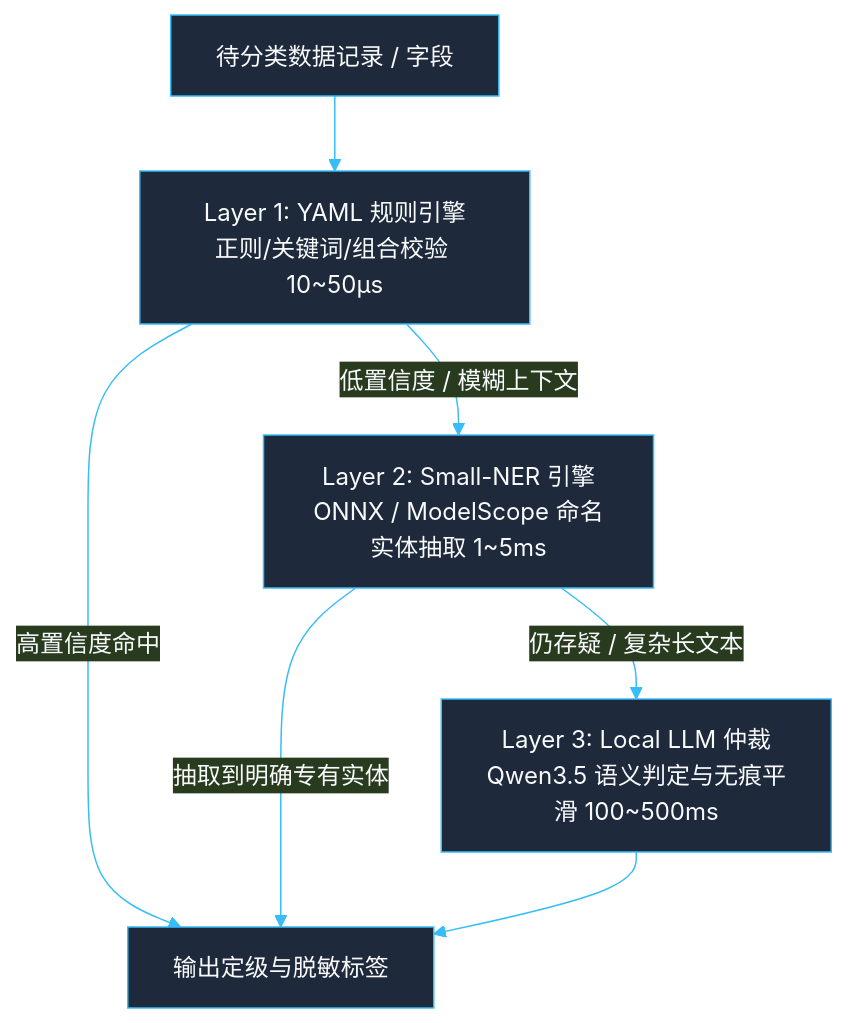
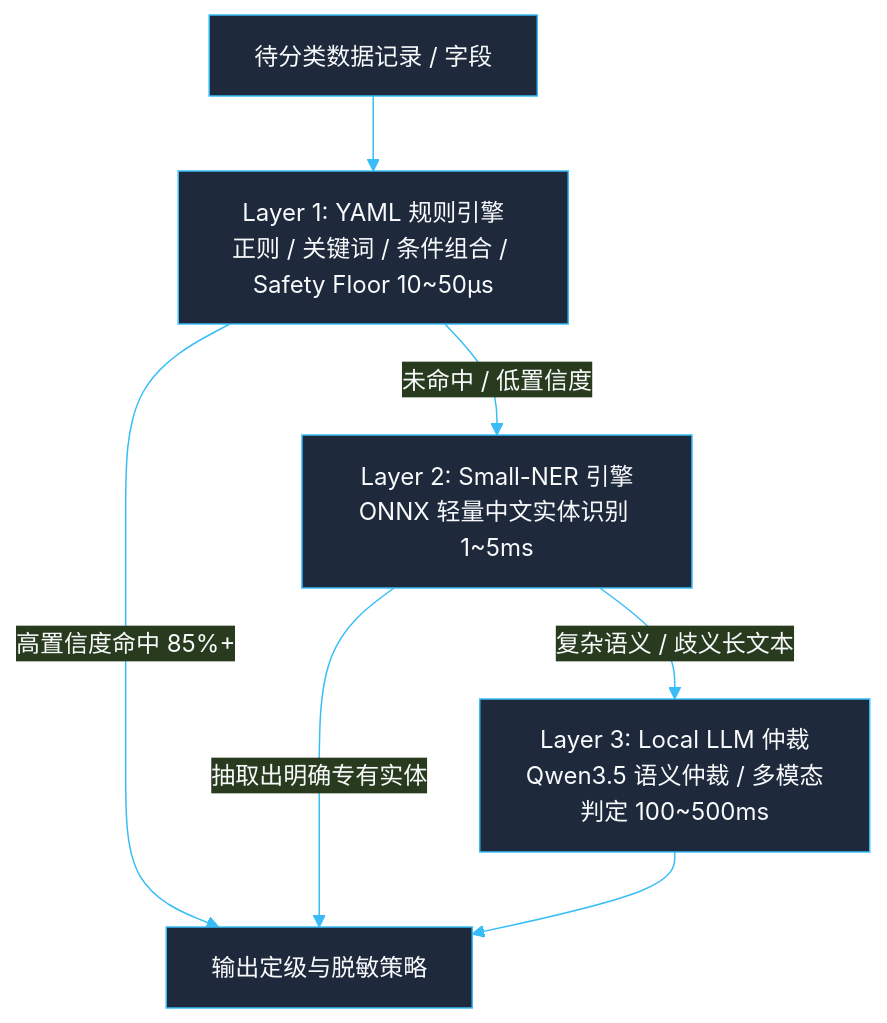
Before and after one commit to fengzhizi319/PrivShield: the third of 4 diagrams in docs/architecture/architecture-design.md, drawn with Mermaid. The commit also changed other lines of this file and 6 other files, not shown here.

First line of the commit message:
docs(architecture): sync all architecture docs with current codebase

````diff
--- a/docs/architecture/architecture-design.md
+++ b/docs/architecture/architecture-design.md
@@ -117,10 +242,10 @@
 ```mermaid
 %%{init: {'theme': 'base', 'themeVariables': { 'primaryColor': '#1e293b', 'primaryTextColor': '#f8fafc', 'primaryBorderColor': '#38bdf8', 'lineColor': '#38bdf8' }}}%%
 graph TB
-    Input[待分类数据记录 / 字段] --> L1[Layer 1: YAML 规则引擎<br/>正则/关键词/组合校验 10~50μs]
-    L1 -->|高置信度命中| Out[输出定级与脱敏标签]
-    L1 -->|低置信度 / 模糊上下文| L2[Layer 2: Small-NER 引擎<br/>ONNX / ModelScope 命名实体抽取 1~5ms]
-    L2 -->|抽取到明确专有实体| Out
-    L2 -->|仍存疑 / 复杂长文本| L3[Layer 3: Local LLM 仲裁<br/>Qwen3.5 语义判定与无痕平滑 100~500ms]
+    Input[待分类数据记录 / 字段] --> L1[Layer 1: YAML 规则引擎<br/>正则 / 关键词 / 条件组合 / Safety Floor 10~50μs]
+    L1 -->|高置信度命中 85%+| Out[输出定级与脱敏策略]
+    L1 -->|未命中 / 低置信度| L2[Layer 2: Small-NER 引擎<br/>ONNX 轻量中文实体识别 1~5ms]
+    L2 -->|抽取出明确专有实体| Out
+    L2 -->|复杂语义 / 歧义长文本| L3[Layer 3: Local LLM 仲裁<br/>Qwen3.5 语义仲裁 / 多模态判定 100~500ms]
     L3 --> Out
 ```
````
